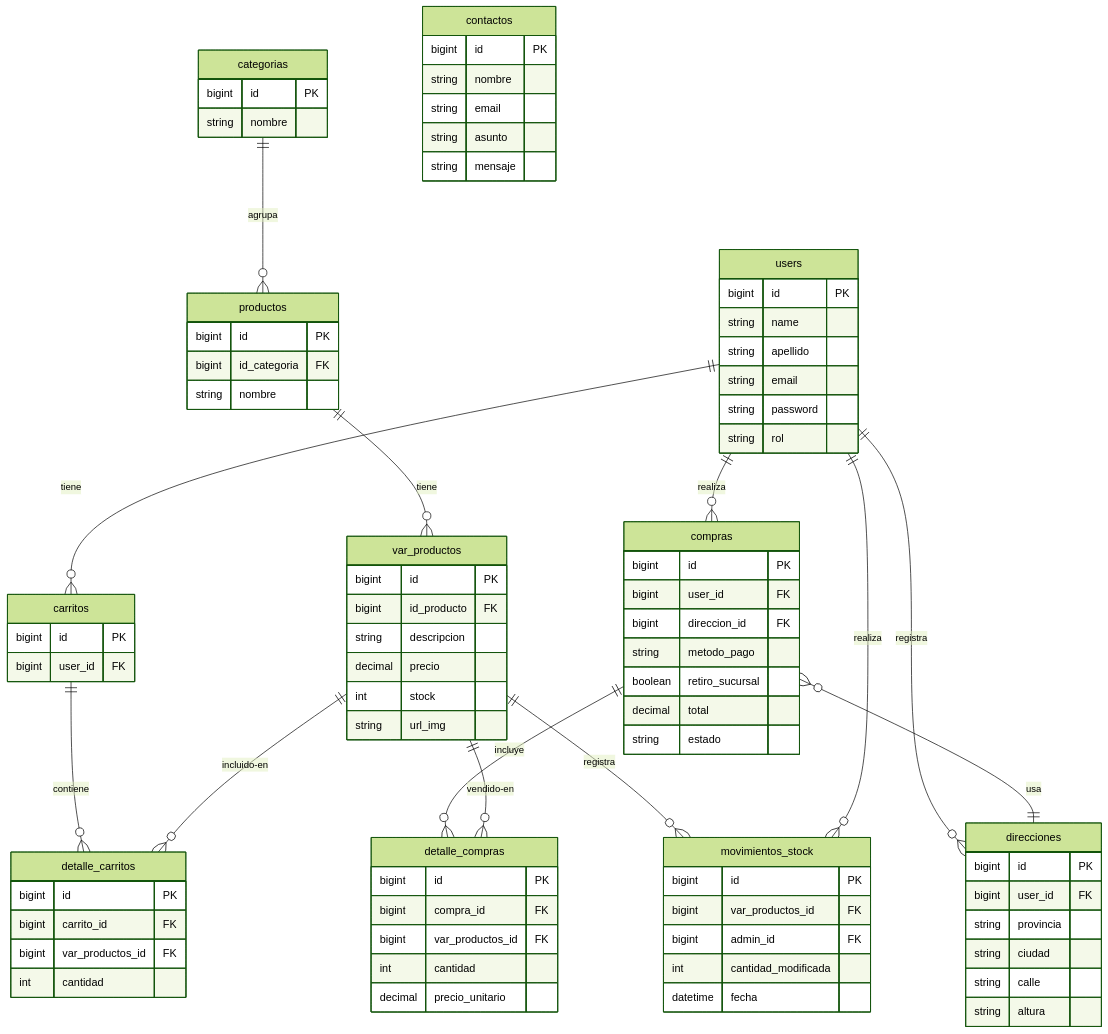
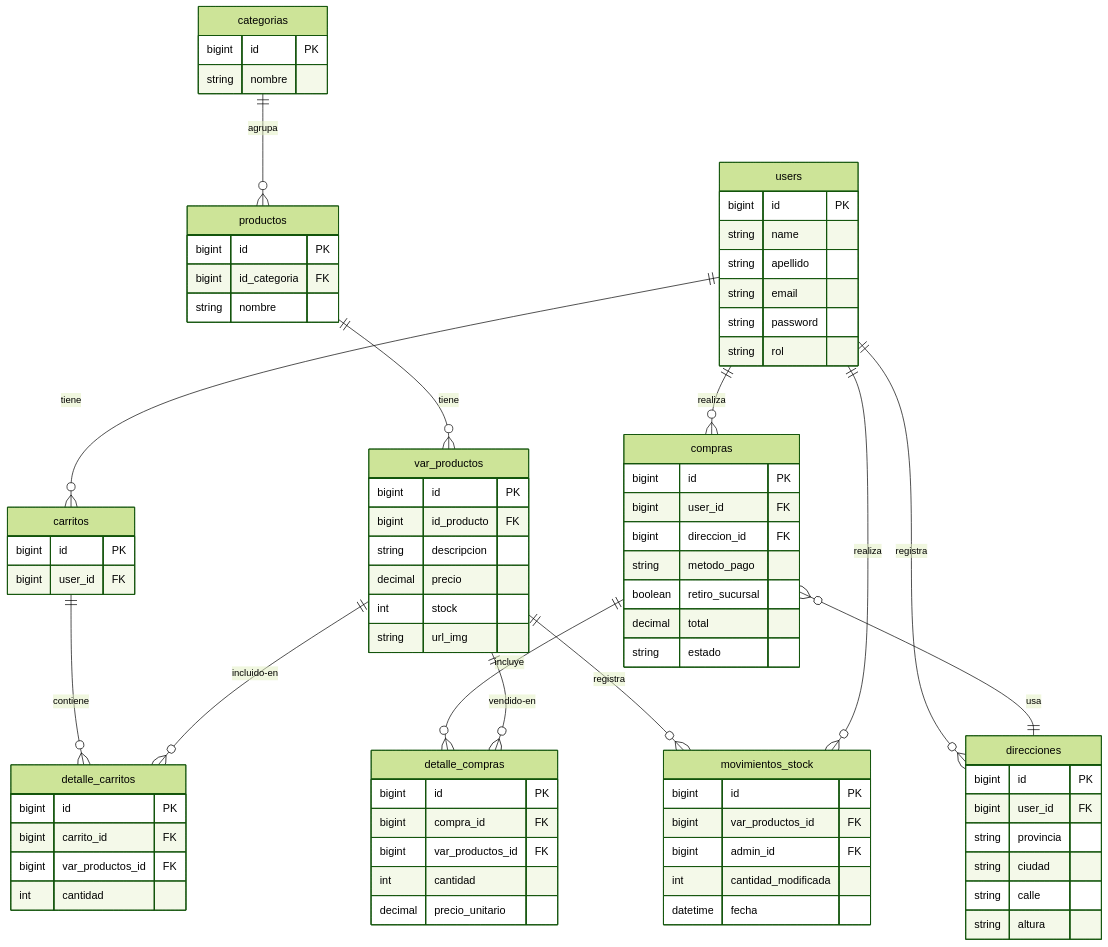
One commit to BautistaOvB/La-Plomada-Equipo-53 changed the diagram in der.md. Above: the diagram before and after it, drawn with Mermaid (forest theme).

Commit message:
del: tabla contactanos
Reorder movimientos_stock definition in ER diagram.

````diff
--- a/der.md
+++ b/der.md
@@ -3,12 +3,5 @@
 ```mermaid
 erDiagram
-  movimientos_stock {
-    bigint id PK
-    bigint var_productos_id FK
-    bigint admin_id FK
-    int cantidad_modificada
-    datetime fecha
-  }
   users {
     bigint id PK
     string name
@@ -16,6 +9,13 @@
     string email
     string password
     string rol
+  }
+ movimientos_stock {
+    bigint id PK
+    bigint var_productos_id FK
+    bigint admin_id FK
+    int cantidad_modificada
+    datetime fecha
   }
   categorias {
     bigint id PK
@@ -68,13 +68,6 @@
     int cantidad
     decimal precio_unitario
   }
-  contactos {
-    bigint id PK
-    string nombre
-    string email
-    string asunto
-    string mensaje
-  }
 
   users         ||--o{ carritos         : tiene
   users         ||--o{ compras          : realiza
````
